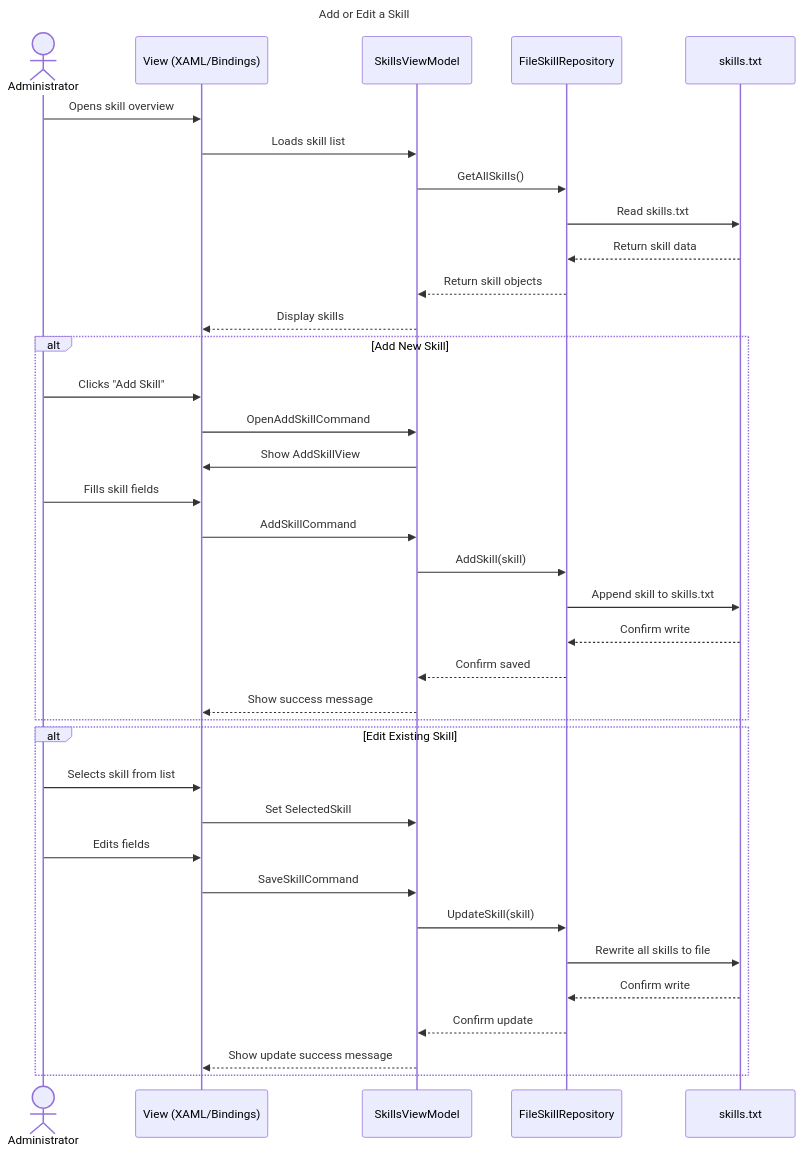
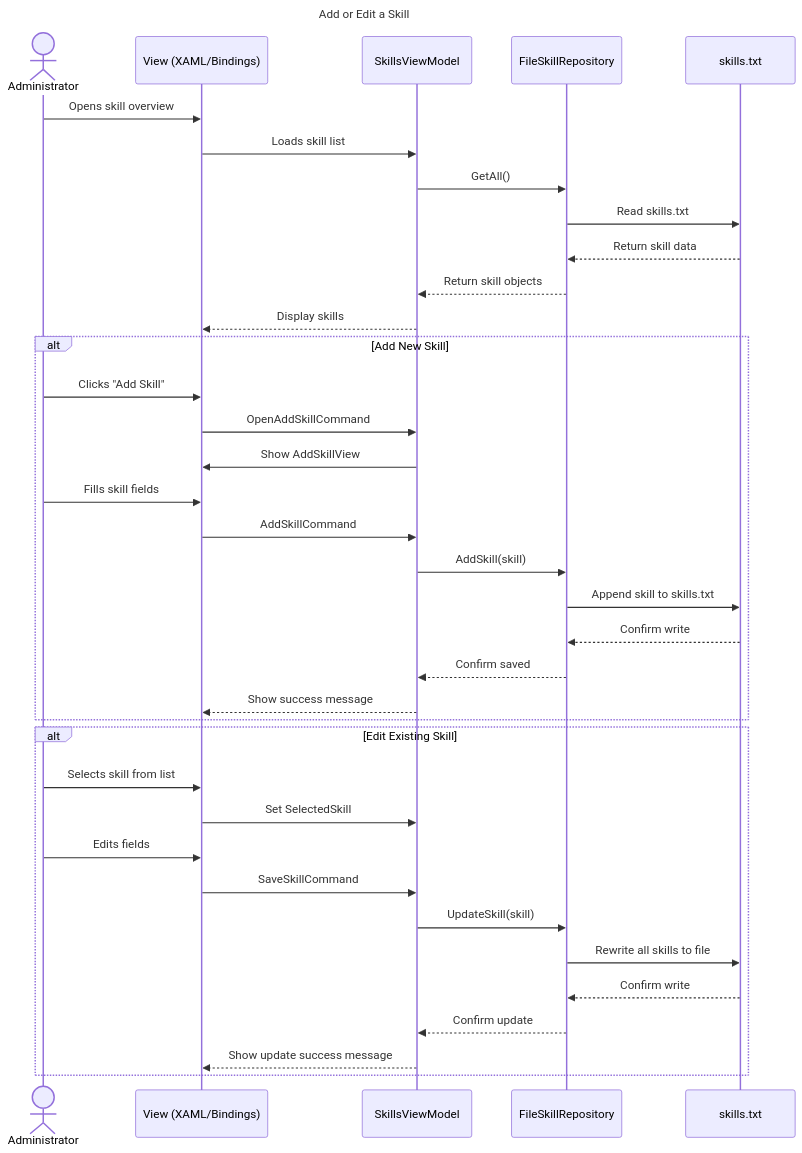
Before and after one commit to ilhamhashi/Team10_ProjektGettingReal: the diagram in DATApp/DATApp/Sequence Diagrams/UseCase4_Sequence_Diagram.mmd, drawn with Mermaid. The commit also changed 6 other files, not shown here.

```diff
--- a/DATApp/DATApp/Sequence Diagrams/UseCase4_Sequence_Diagram.mmd
+++ b/DATApp/DATApp/Sequence Diagrams/UseCase4_Sequence_Diagram.mmd
@@ -1,41 +1,41 @@
 sequenceDiagram
     title Add or Edit a Skill
 
     actor Administrator
     participant UI as View (XAML/Bindings)
     participant VM as SkillsViewModel
     participant Repo as FileSkillRepository
     participant File as skills.txt
 
     Administrator->>UI: Opens skill overview
     UI->>VM: Loads skill list
-    VM->>Repo: GetAllSkills()
+    VM->>Repo: GetAll()
     Repo->>File: Read skills.txt
     File-->>Repo: Return skill data
     Repo-->>VM: Return skill objects
     VM-->>UI: Display skills
 
     alt Add New Skill
         Administrator->>UI: Clicks "Add Skill"
         UI->>VM: OpenAddSkillCommand
         VM->>UI: Show AddSkillView
         Administrator->>UI: Fills skill fields
         UI->>VM: AddSkillCommand
         VM->>Repo: AddSkill(skill)
         Repo->>File: Append skill to skills.txt
         File-->>Repo: Confirm write
         Repo-->>VM: Confirm saved
         VM-->>UI: Show success message
     end
 
     alt Edit Existing Skill
         Administrator->>UI: Selects skill from list
         UI->>VM: Set SelectedSkill
         Administrator->>UI: Edits fields
         UI->>VM: SaveSkillCommand
         VM->>Repo: UpdateSkill(skill)
         Repo->>File: Rewrite all skills to file
         File-->>Repo: Confirm write
         Repo-->>VM: Confirm update
         VM-->>UI: Show update success message
     end
```
